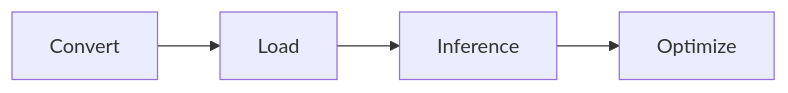
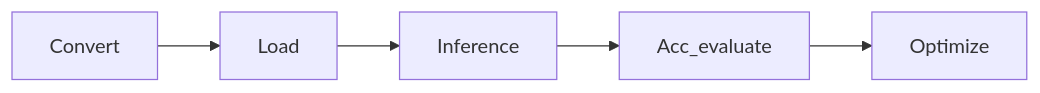
One commit to intel/neural-speed changed the diagram in developer_document.md. Above: the diagram before and after it, drawn with Mermaid. The commit also changed other lines of this file and 5 other files, not shown here.

````diff
--- a/developer_document.md
+++ b/developer_document.md
@@ -71,6 +71,7 @@
 ```mermaid
 graph LR;
     Convert-->Load;
     Load-->Inference;
-    Inference-->Optimize;
+    Inference-->Acc_evaluate;
+    Acc_evaluate-->Optimize;
 ```
````
